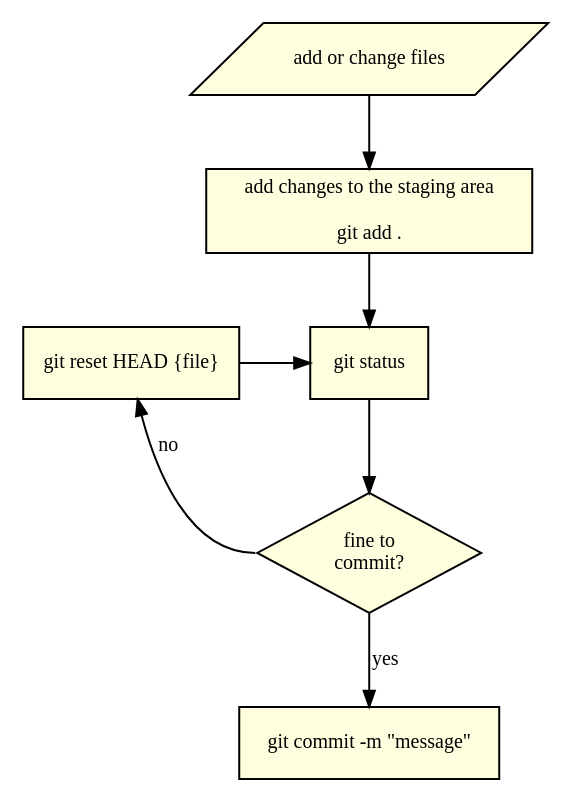
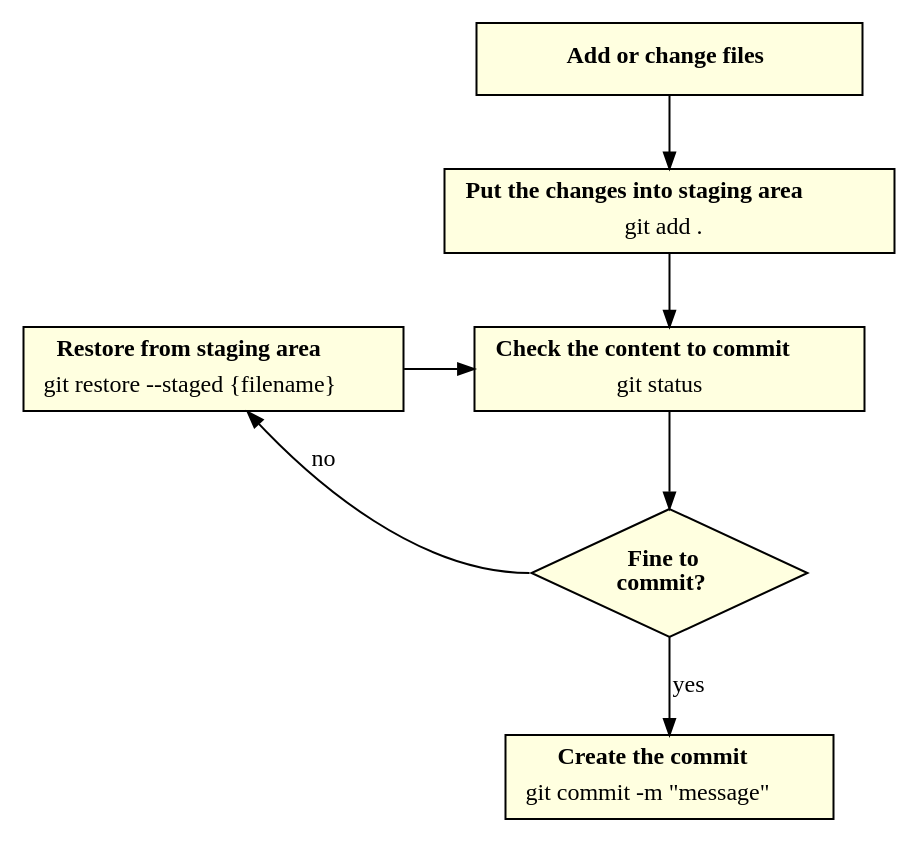
One commit to fabriciofx/gitflowchart changed the diagram in flowchart/common-workflow.gv. Above: the diagram before and after it, drawn with Graphviz. The commit also changed 1 other file, not shown here.

```diff
--- a/flowchart/common-workflow.gv
+++ b/flowchart/common-workflow.gv
@@ -1,38 +1,73 @@
 digraph commonworkflow {
     edge [
         arrowsize = 0.8,
         fontname = "Verdana",
-        fontsize = 10
-    ];
+        fontsize = 12
+    ]
 
     node [
         shape = rect,
         style = filled,
         fillcolor = lightyellow,
         fontname = "Verdana",
-        fontsize = 10
+        fontsize = 12
+    ]
+
+    // decisions
+    fine_to_commit [
+        shape = diamond,
+        label = <<b>Fine to<br/>commit?</b>>
     ];
 
-    // decisions
-    fine_to_commit [shape = diamond, label = "fine to\ncommit?"]
-
     // actions
-    add_or_change[shape = parallelogram, label = "add or change files"]
+    add_or_change[
+        label = <
+            <b>Add or change files</b>
+        >
+    ]
 
     // commands
-    git_add [label = "add changes to the staging area\n\ngit add ."]
-    git_status [label = "git status"]
-    git_reset [label = "git reset HEAD {file}"]
-    git_commit [label = "git commit -m \"message\""]
+    git_add [
+        label = <
+            <table border="0" cellborder="0" cellspacing="0">
+            <tr><td><b>Put the changes into staging area</b></td></tr>
+            <tr><td>git add .</td></tr>
+            </table>
+        >
+    ]
+    git_status [
+        label = <
+            <table border="0" cellborder="0" cellspacing="0">
+            <tr><td><b>Check the content to commit</b></td></tr>
+            <tr><td>git status</td></tr>
+            </table>
+        >
+    ]
+    git_restore [
+        label = <
+            <table border="0" cellborder="0" cellspacing="0">
+            <tr><td><b>Restore from staging area</b></td></tr>
+            <tr><td>git restore --staged {filename}</td></tr>
+            </table>
+        >
+    ]
+    git_commit [
+        label = <
+            <table border="0" cellborder="0" cellspacing="0">
+            <tr><td><b>Create the commit</b></td></tr>
+            <tr><td>git commit -m "message"</td></tr>
+            </table>
+        >
+    ]
 
     // relations
     add_or_change -> git_add
     git_add -> git_status
     git_status -> fine_to_commit
     fine_to_commit -> git_commit [label = "yes"]
-    fine_to_commit:w -> git_reset [label = "no", constraint = false]
-    git_reset -> git_status
+    fine_to_commit:w -> git_restore [label = "no", constraint = false]
+    git_restore -> git_status
 
-    // put git_reset and git_status in the same row
-    { rank = same; git_reset; git_status; }
+    // put git_restore and git_status in the same row
+    { rank = same; git_restore; git_status; }
 }
```
